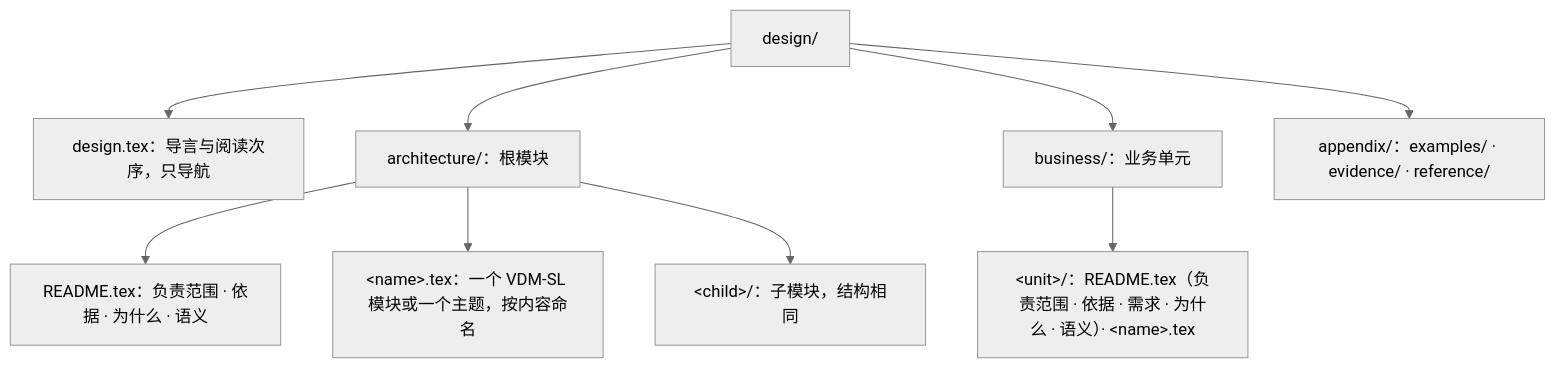
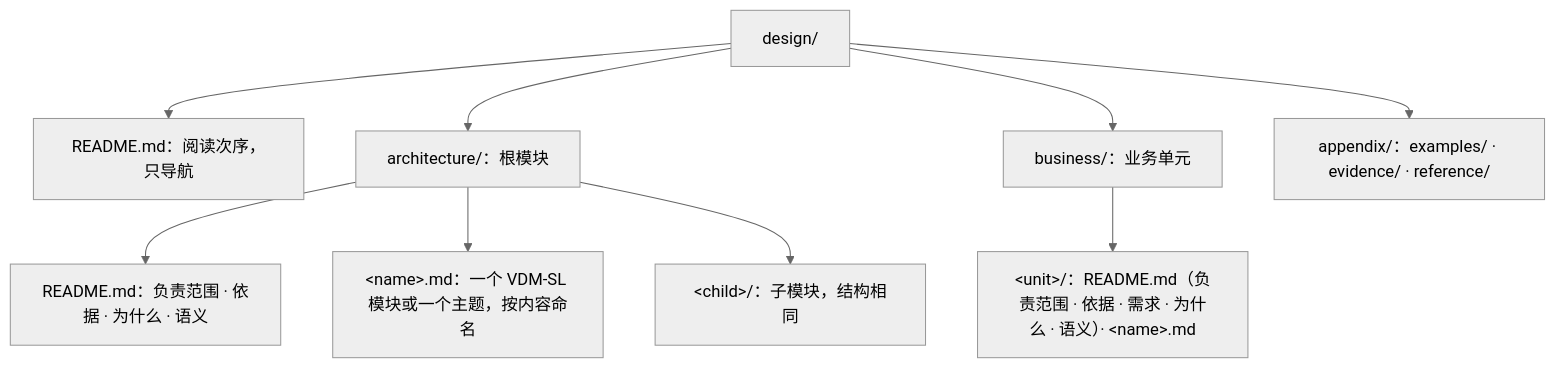
Before and after one commit to mouriya-s-lab/SSoT: the second of 3 diagrams in skills/software-design/SKILL.md, drawn with Mermaid (neutral theme). The commit also changed other lines of this file and 21 other files, not shown here.

````diff
--- a/skills/software-design/SKILL.md
+++ b/skills/software-design/SKILL.md
@@ -133,12 +135,12 @@
 ```mermaid
 flowchart TB
     D["design/"]
-    D --> M["design.tex：导言与阅读次序，只导航"]
+    D --> M["README.md：阅读次序，只导航"]
     D --> A["architecture/：根模块"]
     D --> B["business/：业务单元"]
     D --> X["appendix/：examples/ · evidence/ · reference/"]
-    A --> AR["README.tex：负责范围 · 依据 · 为什么 · 语义"]
-    A --> AT["&lt;name&gt;.tex：一个 VDM-SL 模块或一个主题，按内容命名"]
+    A --> AR["README.md：负责范围 · 依据 · 为什么 · 语义"]
+    A --> AT["&lt;name&gt;.md：一个 VDM-SL 模块或一个主题，按内容命名"]
     A --> AK["&lt;child&gt;/：子模块，结构相同"]
-    B --> BU["&lt;unit&gt;/：README.tex（负责范围 · 依据 · 需求 · 为什么 · 语义）· &lt;name&gt;.tex"]
+    B --> BU["&lt;unit&gt;/：README.md（负责范围 · 依据 · 需求 · 为什么 · 语义）· &lt;name&gt;.md"]
 ```
````
